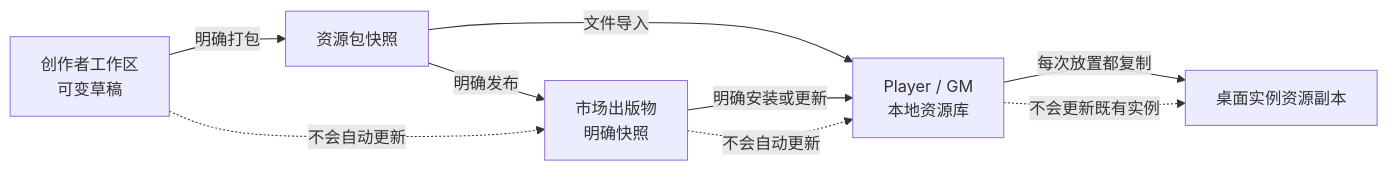
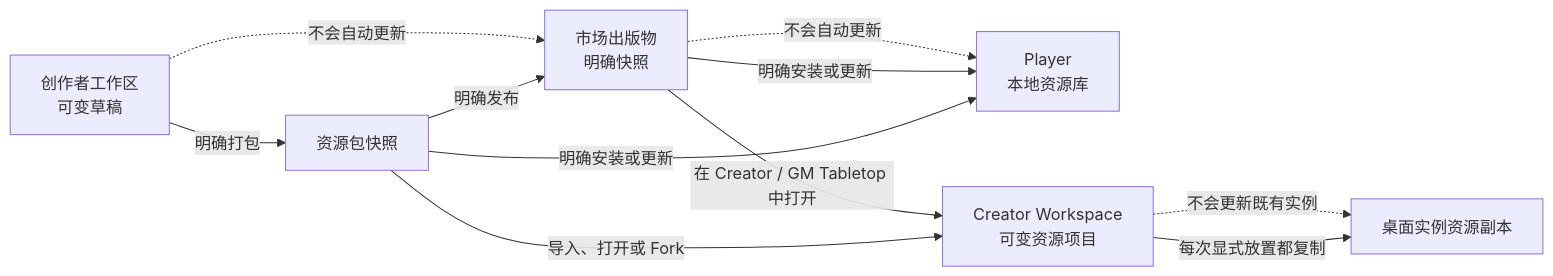
Before and after one commit to ZZZZzzzzac/PbDH: the eighth of 8 diagrams in docs/c4.md, drawn with Mermaid. The commit also changed other lines of this file and 26 other files, not shown here.

````diff
--- a/docs/c4.md
+++ b/docs/c4.md
@@ -169,18 +169,21 @@
 ```mermaid
 flowchart LR
     draft["创作者工作区<br/>可变草稿"]
     package["资源包快照"]
     publication["市场出版物<br/>明确快照"]
-    library["Player / GM<br/>本地资源库"]
+    playerLibrary["Player<br/>本地资源库"]
+    creatorWorkspace["Creator Workspace<br/>可变资源项目"]
     instance["桌面实例资源副本"]
 
     draft -->|"明确打包"| package
-    package -->|"文件导入"| library
+    package -->|"明确安装或更新"| playerLibrary
+    package -->|"导入、打开或 Fork"| creatorWorkspace
     package -->|"明确发布"| publication
-    publication -->|"明确安装或更新"| library
-    library -->|"每次放置都复制"| instance
+    publication -->|"明确安装或更新"| playerLibrary
+    publication -->|"在 Creator / GM Tabletop 中打开"| creatorWorkspace
+    creatorWorkspace -->|"每次显式放置都复制"| instance
 
     draft -. "不会自动更新" .-> publication
-    publication -. "不会自动更新" .-> library
-    library -. "不会更新既有实例" .-> instance
+    publication -. "不会自动更新" .-> playerLibrary
+    creatorWorkspace -. "不会更新既有实例" .-> instance
 ```
````
